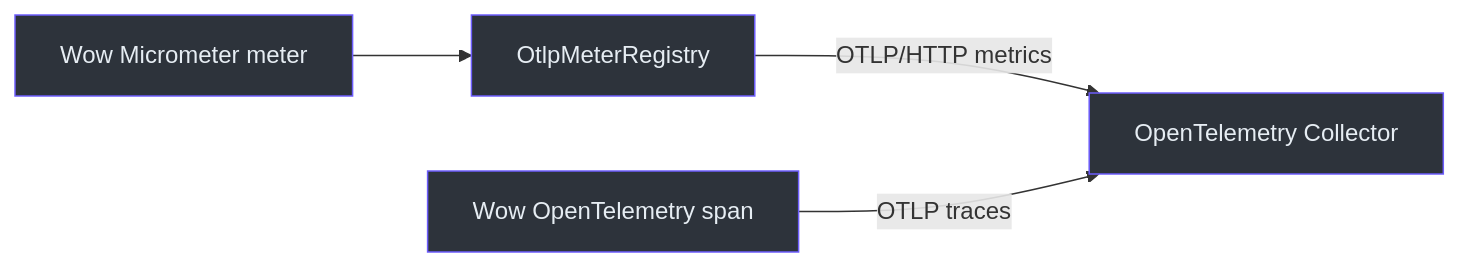
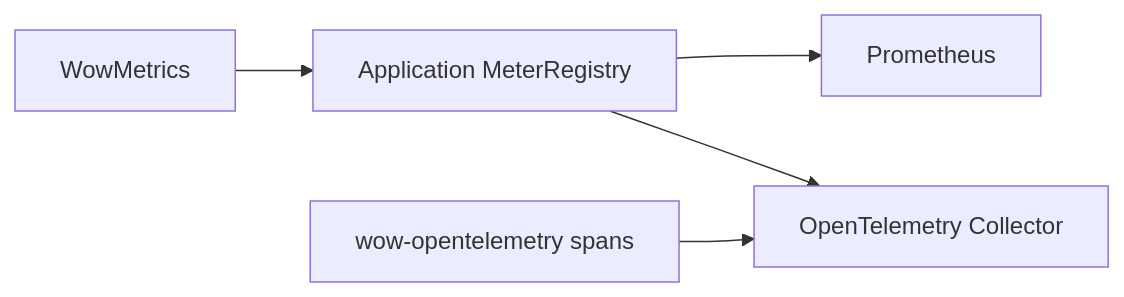
One commit to Ahoo-Wang/Wow changed the diagram in documentation/docs/zh/guide/advanced/metrics.md. Above: the diagram before and after it, drawn with Mermaid. The commit also changed other lines of this file and 102 other files, not shown here.

````diff
--- a/documentation/docs/zh/guide/advanced/metrics.md
+++ b/documentation/docs/zh/guide/advanced/metrics.md
@@ -187,9 +141,7 @@
 ```mermaid
 flowchart LR
-    Meters["Wow Micrometer meter"] --> Registry["OtlpMeterRegistry"]
-    Registry -->|"OTLP/HTTP metrics"| Collector["OpenTelemetry Collector"]
-    Spans["Wow OpenTelemetry span"] -->|"OTLP traces"| Collector
-
-    classDef telemetry fill:#2d333b,stroke:#6d5dfc,color:#e6edf3
-    class Meters,Registry,Collector,Spans telemetry
+    Wow["WowMetrics"] --> Registry["Application MeterRegistry"]
+    Registry --> Prometheus["Prometheus"]
+    Registry --> Collector["OpenTelemetry Collector"]
+    Tracing["wow-opentelemetry spans"] --> Collector
 ```
````
